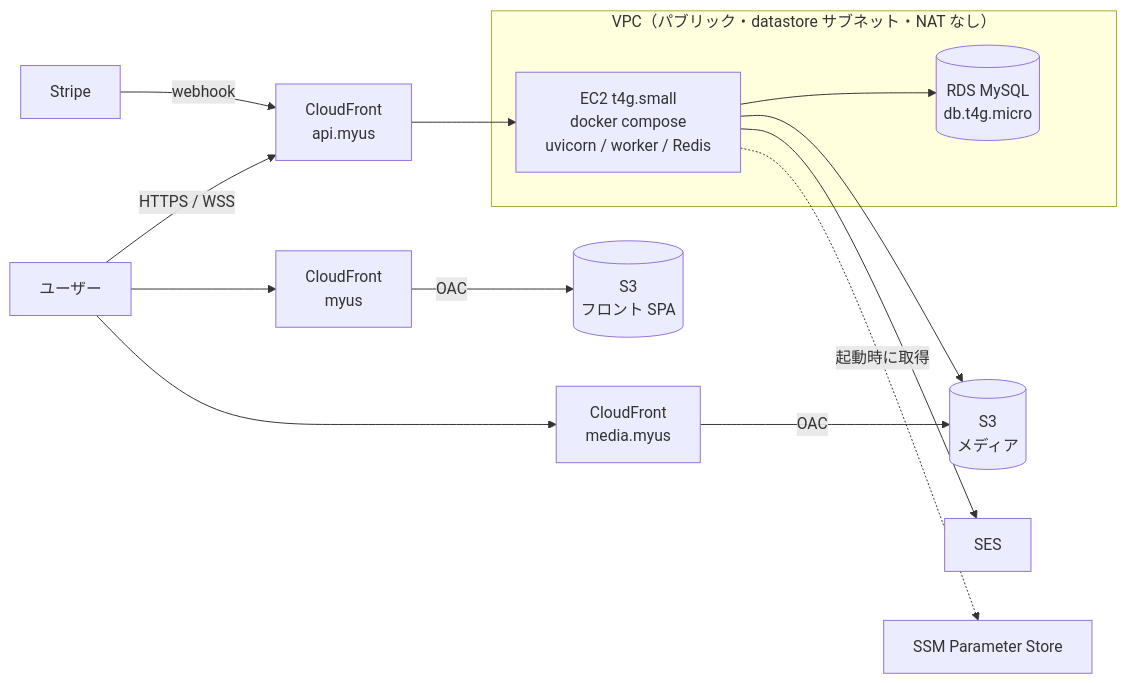
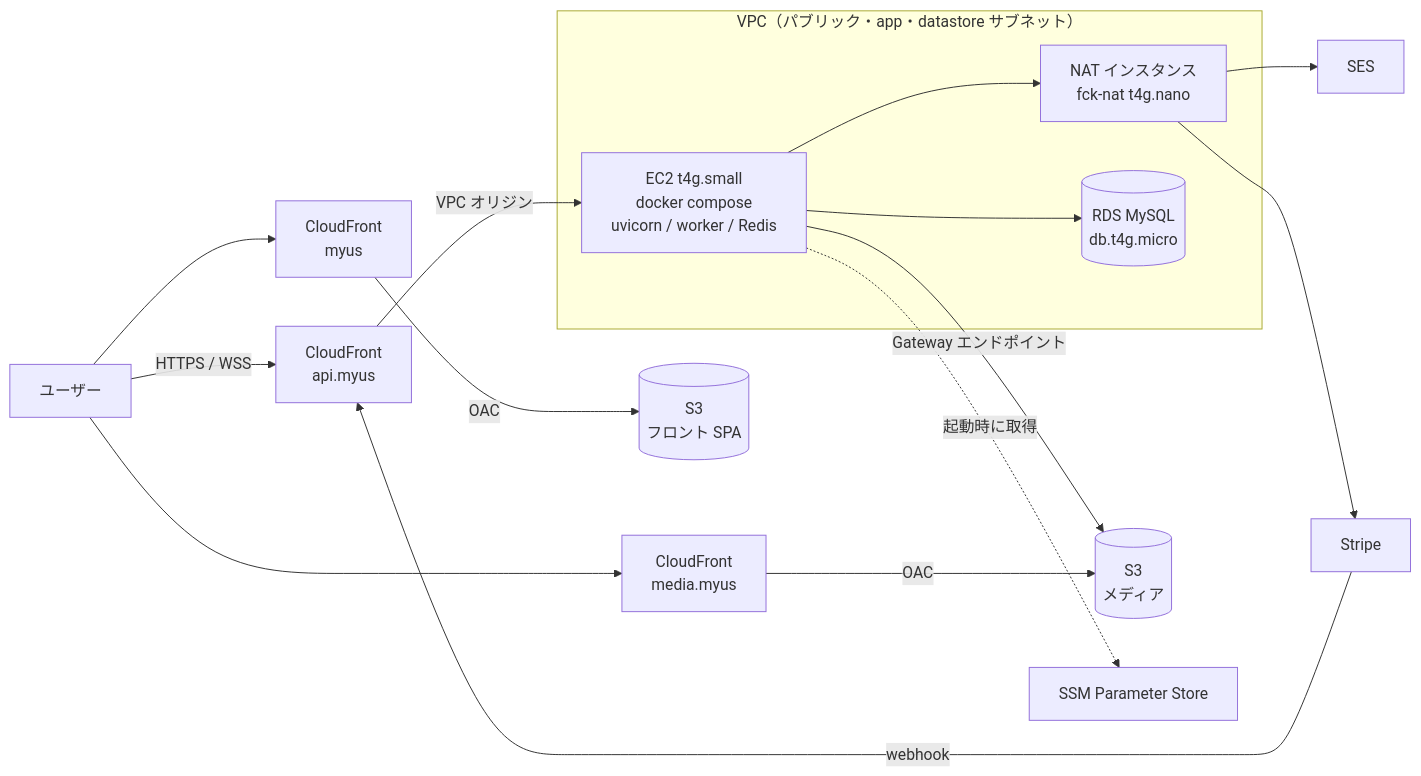
Before and after one commit to ANFINII/MyUs: the first of 6 diagrams in docs/infrastructure.md, drawn with Mermaid. The commit also changed other lines of this file and 10 other files, not shown here.

First line of the commit message:
【infra】API の EC2 をプライベートサブネットに移し、CloudFront の VPC オリジンと NAT インスタンスでつなぐ (#1576)

````diff
--- a/docs/infrastructure.md
+++ b/docs/infrastructure.md
@@ -36,25 +36,28 @@
 ```mermaid
 flowchart LR
     User[ユーザー]
     CF_FRONT[CloudFront<br/>myus]
     S3_FRONT[(S3<br/>フロント SPA)]
     CF_API[CloudFront<br/>api.myus]
     CF_MEDIA[CloudFront<br/>media.myus]
-    subgraph VPC[VPC（パブリック・datastore サブネット・NAT なし）]
+    subgraph VPC[VPC（パブリック・app・datastore サブネット）]
+        NAT[NAT インスタンス<br/>fck-nat t4g.nano]
         EC2[EC2 t4g.small<br/>docker compose<br/>uvicorn / worker / Redis]
         RDS[(RDS MySQL<br/>db.t4g.micro)]
     end
     S3[(S3<br/>メディア)]
     SES[SES]
     Stripe[Stripe]
     SSM[SSM Parameter Store]
 
     User --> CF_FRONT -->|OAC| S3_FRONT
-    User -->|HTTPS / WSS| CF_API --> EC2
+    User -->|HTTPS / WSS| CF_API -->|VPC オリジン| EC2
     User --> CF_MEDIA -->|OAC| S3
     EC2 --> RDS
-    EC2 --> S3
-    EC2 --> SES
+    EC2 -->|Gateway エンドポイント| S3
+    EC2 --> NAT
+    NAT --> SES
+    NAT --> Stripe
     EC2 -.起動時に取得.-> SSM
     Stripe -->|webhook| CF_API
 ```
````
